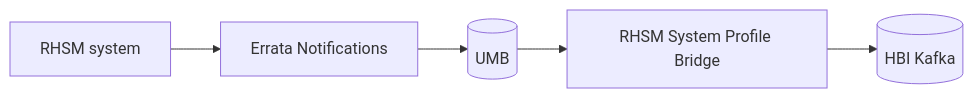
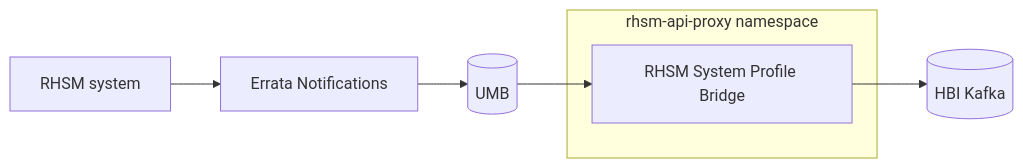
One commit to adonispuente/insights-dashboard changed the diagram in docs/console.redhat.com/architecture/rhsm-api-proxy.md. Above: the diagram before and after it, drawn with Mermaid.

Commit message:
Clarify in diagram that only Bridge is part of the namespace

````diff
--- a/docs/console.redhat.com/architecture/rhsm-api-proxy.md
+++ b/docs/console.redhat.com/architecture/rhsm-api-proxy.md
@@ -17,14 +17,18 @@
 ```mermaid
 graph LR
 
 rhsm-system[RHSM system]
 errata[Errata Notifications]
 umb[(UMB)]
-bridge[RHSM System Profile Bridge]
+
+subgraph "rhsm-api-proxy namespace"
+  bridge[RHSM System Profile Bridge]    
+  end
+  
 hbi[(HBI Kafka)]
 
 rhsm-system --> errata
 errata --> umb
 umb --> bridge
 bridge --> hbi
 ```
````
